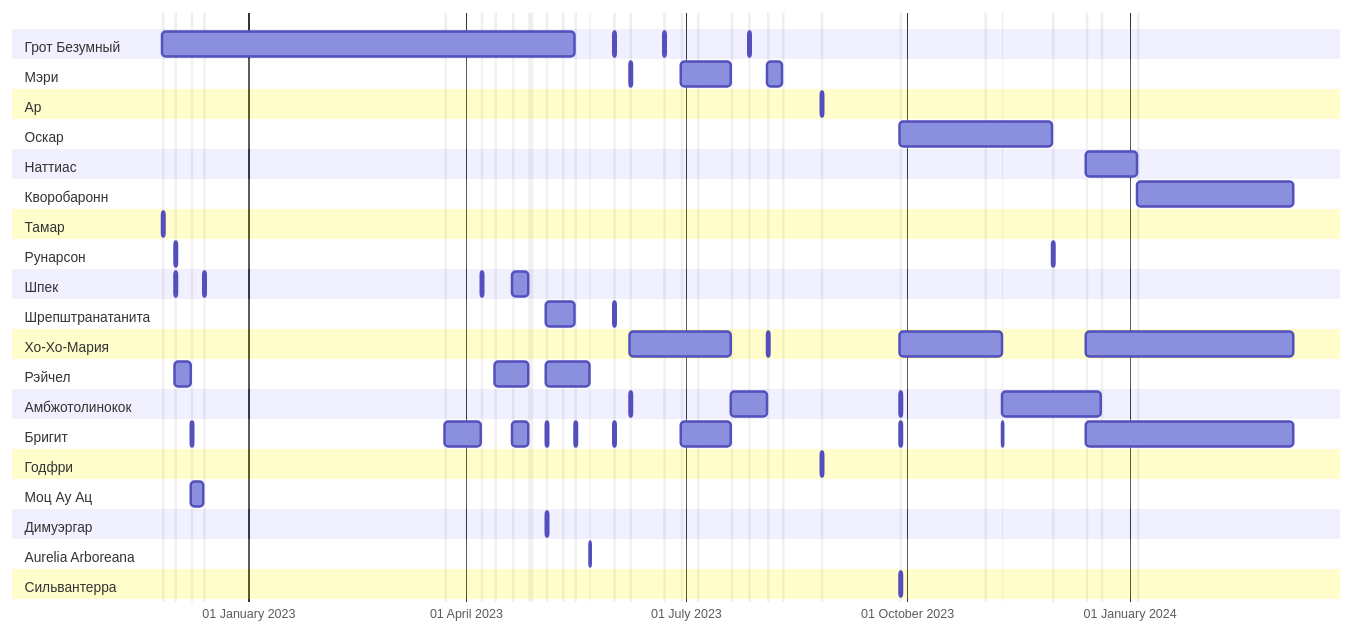
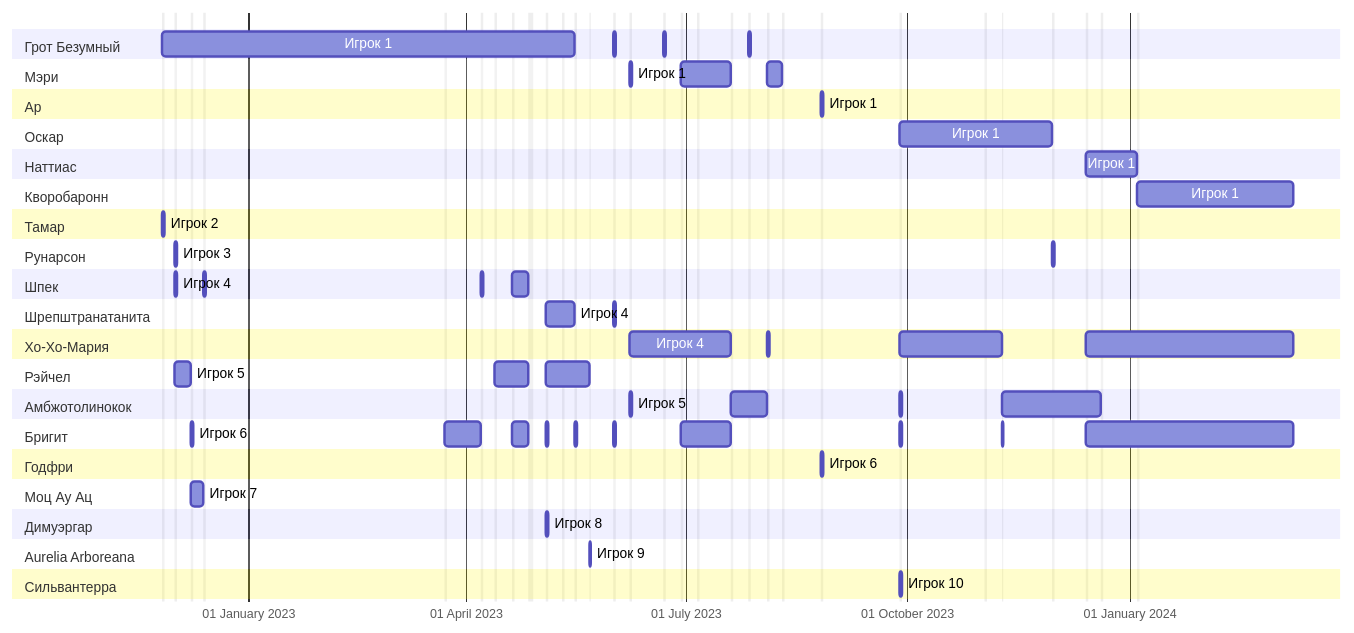
Before and after one commit to filhit/published-dnd-notes: the diagram in src/site/notes/Дневник GG Dungeon.md, drawn with Mermaid.

Commit message:
Update content src/site/notes/Дневник GG Dungeon.md

````diff
--- a/src/site/notes/Дневник GG Dungeon.md
+++ b/src/site/notes/Дневник GG Dungeon.md
@@ -44,74 +44,74 @@
 ```mermaid
 gantt
 %%{ init: { "gantt": { "displayMode": "compact", "leftPadding": 120 } } }%%
 	dateFormat YYYY-MM-DD
     axisFormat %d %B %Y
     tickInterval 3month
 	excludes 2022-11-26, 2022-12-01, 2022-12-08, 2022-12-13, 2023-03-23,2023-04-07, 2023-04-13, 2023-04-20, 2023-04-27, 2023-04-28, 2023-05-04, 2023-05-11, 2023-05-16, 2023-05-22, 2023-06-01, 2023-06-08, 2023-06-22, 2023-06-29, 2023-07-06, 2023-07-20, 2023-07-27, 2023-08-04, 2023-08-10, 2023-08-26, 2023-09-28, 2023-11-02, 2023-11-09, 2023-11-30, 2023-12-14, 2023-12-20, 2024-03-09, 2024-01-04
 	todayMarker off
 	section Грот Безумный
-		᠎: 2022-11-26,2023-05-16
+		Игрок 1: 2022-11-26,2023-05-16
 		᠎: 2023-06-01, 1d
 		᠎: 2023-06-22, 1d
 		᠎: 2023-07-27, 1d
 	section Мэри
-		᠎: 2023-06-08, 1d
+		Игрок 1: 2023-06-08, 1d
 		᠎: 2023-06-29, 2023-07-20
 		᠎: 2023-08-04, 2023-08-10
 	section Ар
-		᠎: 2023-08-26, 1d 
+		Игрок 1: 2023-08-26, 1d 
 	section Оскар
-		᠎: 2023-09-28, 2023-11-30
+		Игрок 1: 2023-09-28, 2023-11-30
 	section Наттиас
-		᠎: 2023-12-14, 2024-01-04
+		Игрок 1: 2023-12-14, 2024-01-04
 	section Кворобаронн
-		᠎: 2024-01-04, 2024-03-09
+		Игрок 1: 2024-01-04, 2024-03-09
 	section Тамар
-		᠎ :2022-11-26, 1d
+		Игрок 2:2022-11-26, 1d
 	section Рунарсон
-		᠎: 2022-12-01, 1d
+		Игрок 3: 2022-12-01, 1d
 		᠎: 2023-11-30, 1d
 	section Шпек
-		᠎: 2022-12-01, 1d
+		Игрок 4: 2022-12-01, 1d
 		᠎: 2022-12-13, 1d
 		᠎: 2023-04-07, 1d
 		᠎: 2023-04-20, 2023-04-27
 	section Шрепштранатанита
-		᠎: 2023-05-04, 2023-05-16
+		Игрок 4: 2023-05-04, 2023-05-16
 		᠎: 2023-06-01, 1d
 	section Хо-Хо-Мария
-		᠎: 2023-06-08, 2023-07-20
+		Игрок 4: 2023-06-08, 2023-07-20
 		᠎: 2023-08-04, 1d
 		᠎: 2023-09-28, 2023-11-09
 		᠎: 2023-12-14, 2024-03-09
 	section Рэйчел
-		᠎: 2022-12-01, 2022-12-08
+		Игрок 5: 2022-12-01, 2022-12-08
 		᠎: 2023-04-13, 2023-04-27
 		᠎: 2023-05-04, 2023-05-22
 	section Амбжотолинокок
-		᠎: 2023-06-08, 1d
+		Игрок 5: 2023-06-08, 1d
 		᠎: 2023-07-20, 2023-08-04
 		᠎: 2023-09-28, 1d
 		᠎: 2023-11-09, 2023-12-20
 	section Бригит
-		᠎: 2022-12-08, 1d
+		Игрок 6: 2022-12-08, 1d
 		᠎: 2023-03-23, 2023-04-07
 		᠎: 2023-04-20, 2023-04-27
 		᠎: 2023-05-04, 1d
 		᠎: 2023-05-16, 1d
 		᠎: 2023-06-01, 1d 
 		᠎: 2023-06-29, 2023-07-20
 		᠎: 2023-09-28, 1d
 		᠎: 2023-11-09, 1d
 		᠎: 2023-12-14, 2024-03-09
 	section Годфри
-		᠎: 2023-08-26, 1d 
+		Игрок 6: 2023-08-26, 1d 
 	section Моц Ау Ац
-		᠎: 2022-12-08, 2022-12-13
+		Игрок 7: 2022-12-08, 2022-12-13
 	section Димуэргар
-		᠎: 2023-05-04, 1d
+		Игрок 8: 2023-05-04, 1d
 	section Aurelia Arboreana
-		᠎: 2023-05-22, 1d 
+		Игрок 9: 2023-05-22, 1d 
 	section Сильвантерра
-		᠎: 2023-09-28, 1d
+		Игрок 10: 2023-09-28, 1d
 ```
````
